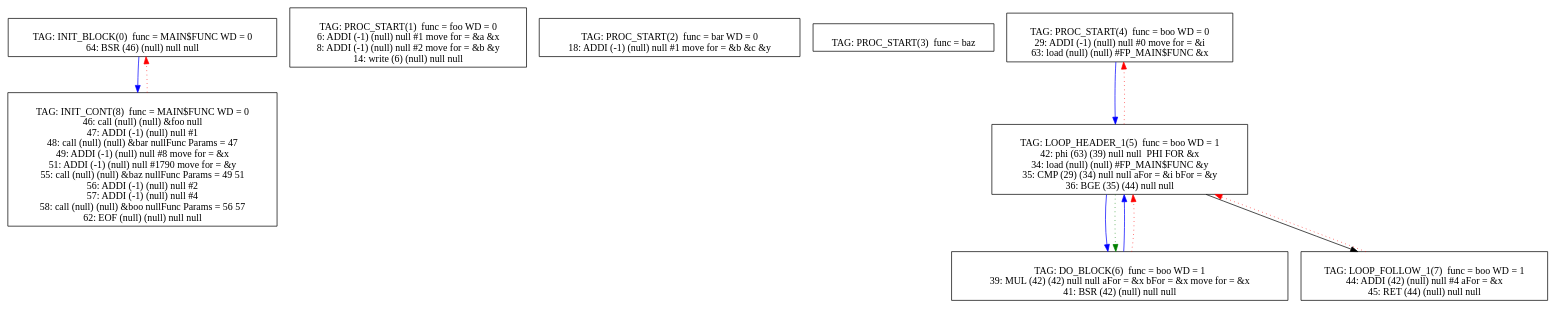
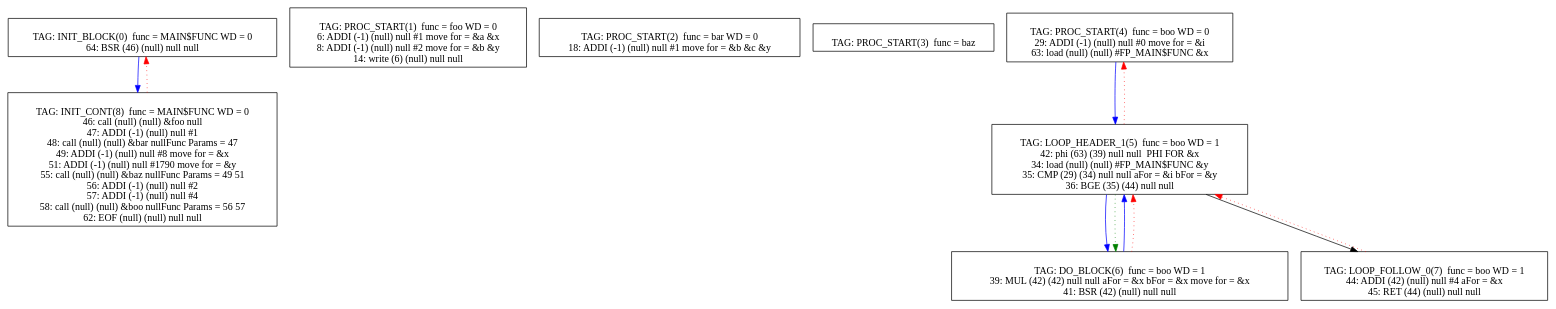
One commit to mbajaj92/Project-Astoria changed the diagram in Compiler/16graph.dot. Above: the diagram before and after it, drawn with Graphviz. The commit also changed 85 other files, not shown here.

```diff
--- a/Compiler/16graph.dot
+++ b/Compiler/16graph.dot
@@ -1,73 +1,73 @@
 digraph {
 0[label="
 TAG: INIT_BLOCK(0)  func = MAIN$FUNC WD = 0
 64: BSR (46) (null) null null
 "];
 0[shape=box];
 0 -> 8[color=blue]
 1[label="
 TAG: PROC_START(1)  func = foo WD = 0
 6: ADDI (-1) (null) null #1 move for = &a &x
 8: ADDI (-1) (null) null #2 move for = &b &y
 14: write (6) (null) null null
 "];
 1[shape=box];
 2[label="
 TAG: PROC_START(2)  func = bar WD = 0
 18: ADDI (-1) (null) null #1 move for = &b &c &y
 "];
 2[shape=box];
 3[label="
 TAG: PROC_START(3)  func = baz
 "];
 3[shape=box];
 4[label="
 TAG: PROC_START(4)  func = boo WD = 0
 29: ADDI (-1) (null) null #0 move for = &i
 63: load (null) (null) #FP_MAIN$FUNC &x
 "];
 4[shape=box];
 4 -> 5[color=blue]
 5[label="
 TAG: LOOP_HEADER_1(5)  func = boo WD = 1
 42: phi (63) (39) null null  PHI FOR &x
 34: load (null) (null) #FP_MAIN$FUNC &y
 35: CMP (29) (34) null null aFor = &i bFor = &y
 36: BGE (35) (44) null null
 "];
 5[shape=box];
 5 -> 6[color=blue]
 5 -> 7[color=black]
 5 -> 4[color=red][style=dotted]
 5 -> 6[color=green][style=dotted]
 6[label="
 TAG: DO_BLOCK(6)  func = boo WD = 1
 39: MUL (42) (42) null null aFor = &x bFor = &x move for = &x
 41: BSR (42) (null) null null
 "];
 6[shape=box];
 6 -> 5[color=blue]
 6 -> 5[color=red][style=dotted]
 7[label="
-TAG: LOOP_FOLLOW_1(7)  func = boo WD = 1
+TAG: LOOP_FOLLOW_0(7)  func = boo WD = 1
 44: ADDI (42) (null) null #4 aFor = &x
 45: RET (44) (null) null null
 "];
 7[shape=box];
 7 -> 5[color=red][style=dotted]
 8[label="
 TAG: INIT_CONT(8)  func = MAIN$FUNC WD = 0
 46: call (null) (null) &foo null
 47: ADDI (-1) (null) null #1
 48: call (null) (null) &bar nullFunc Params = 47
 49: ADDI (-1) (null) null #8 move for = &x
 51: ADDI (-1) (null) null #1790 move for = &y
 55: call (null) (null) &baz nullFunc Params = 49 51
 56: ADDI (-1) (null) null #2
 57: ADDI (-1) (null) null #4
 58: call (null) (null) &boo nullFunc Params = 56 57
 62: EOF (null) (null) null null
 "];
 8[shape=box];
 8 -> 0[color=red][style=dotted]
 }
```
